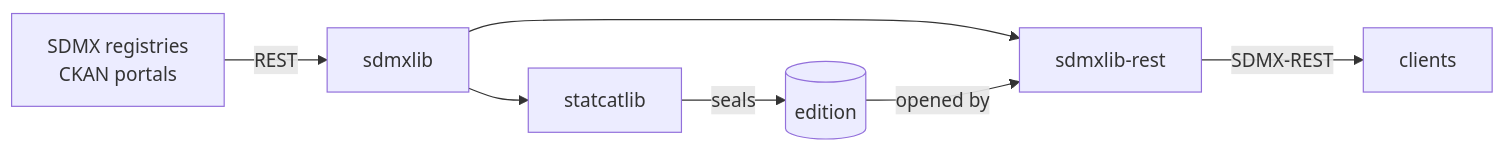
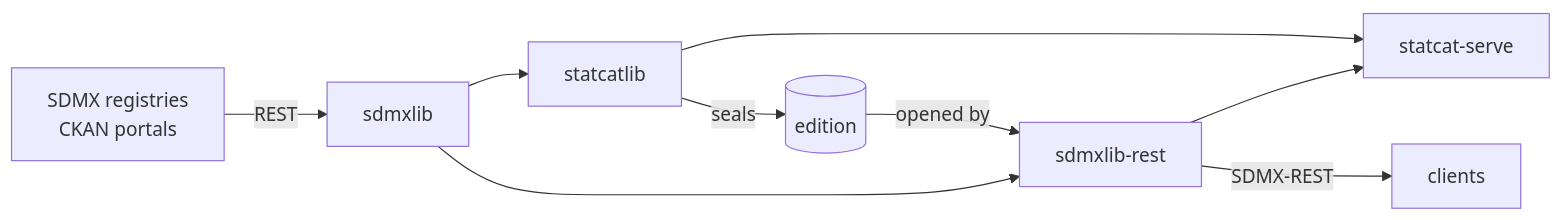
One commit to StatCat-Suite/statcat-suite.github.io changed the diagram in docs/index.md. Above: the diagram before and after it, drawn with Mermaid. The commit also changed other lines of this file and 3 other files, not shown here.

Commit message:
docs: add statcat-serve to the project lists and the suite map

````diff
--- a/docs/index.md
+++ b/docs/index.md
@@ -52,9 +53,11 @@
 ```mermaid
 graph LR
     S[SDMX registries<br/>CKAN portals] -->|REST| SL[sdmxlib]
     SL --> SC[statcatlib]
     SL --> SR[sdmxlib-rest]
+    SC --> SV[statcat-serve]
+    SR --> SV
     SC -->|seals| E[(edition)]
     E -->|opened by| SR
     SR -->|SDMX-REST| C[clients]
 ```
````
